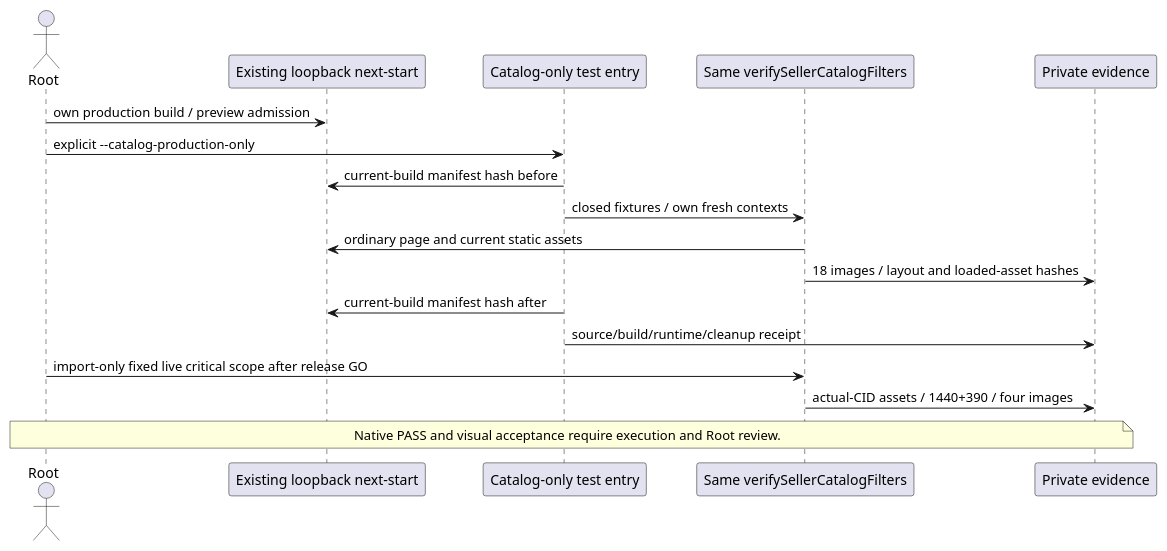
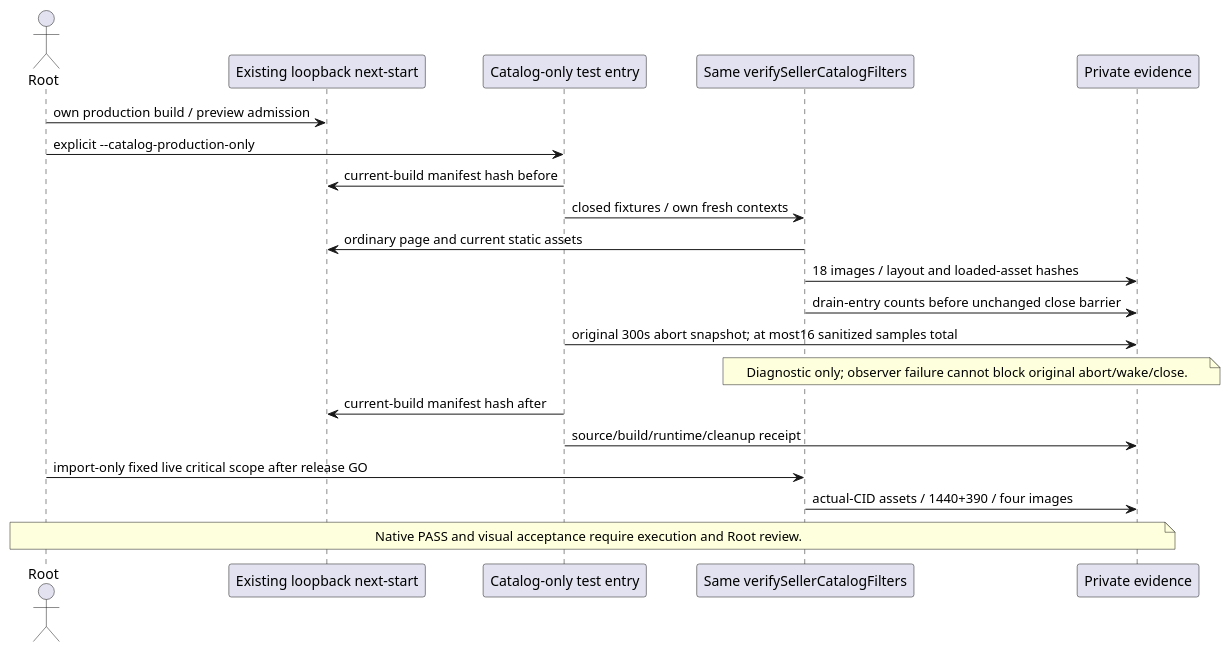
One commit to NeaBouli/inferno changed diagram 17 of 17 in docs/architecture/main-path.puml. Above: the diagram before and after it, drawn with PlantUML. The commit also changed 3 other files, not shown here.

Commit message:
test(catalog): record bounded drain diagnosis metadata

```diff
--- a/docs/architecture/main-path.puml
+++ b/docs/architecture/main-path.puml
@@ -381,18 +381,21 @@
 @startuml catalog_production_qualification_419
 actor Root
 participant "Existing loopback next-start" as Renderer
 participant "Catalog-only test entry" as Mode
 participant "Same verifySellerCatalogFilters" as Catalog
 participant "Private evidence" as Evidence
 Root -> Renderer : own production build / preview admission
 Root -> Mode : explicit --catalog-production-only
 Mode -> Renderer : current-build manifest hash before
 Mode -> Catalog : closed fixtures / own fresh contexts
 Catalog -> Renderer : ordinary page and current static assets
 Catalog -> Evidence : 18 images / layout and loaded-asset hashes
+Catalog -> Evidence : drain-entry counts before unchanged close barrier
+Mode -> Evidence : original 300s abort snapshot; at most16 sanitized samples total
+note over Catalog,Evidence : Diagnostic only; observer failure cannot block original abort/wake/close.
 Mode -> Renderer : current-build manifest hash after
 Mode -> Evidence : source/build/runtime/cleanup receipt
 Root -> Catalog : import-only fixed live critical scope after release GO
 Catalog -> Evidence : actual-CID assets / 1440+390 / four images
 note over Root,Evidence : Native PASS and visual acceptance require execution and Root review.
 @enduml
```
